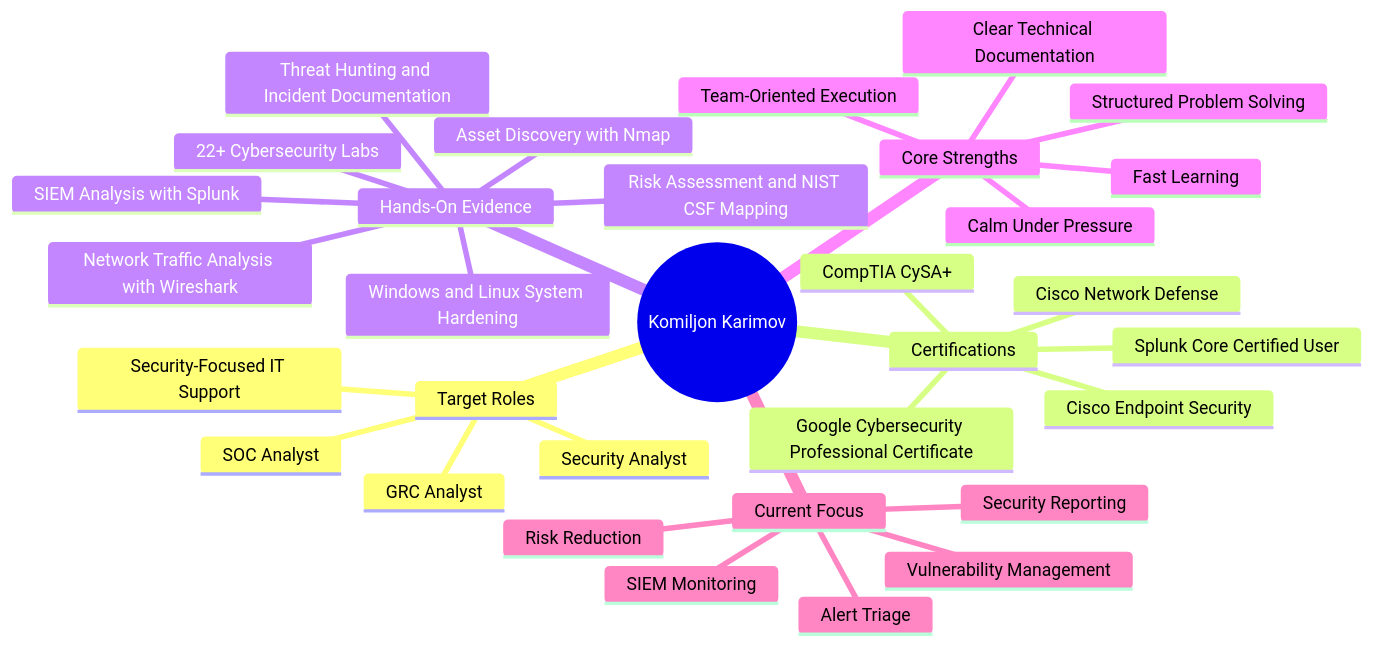
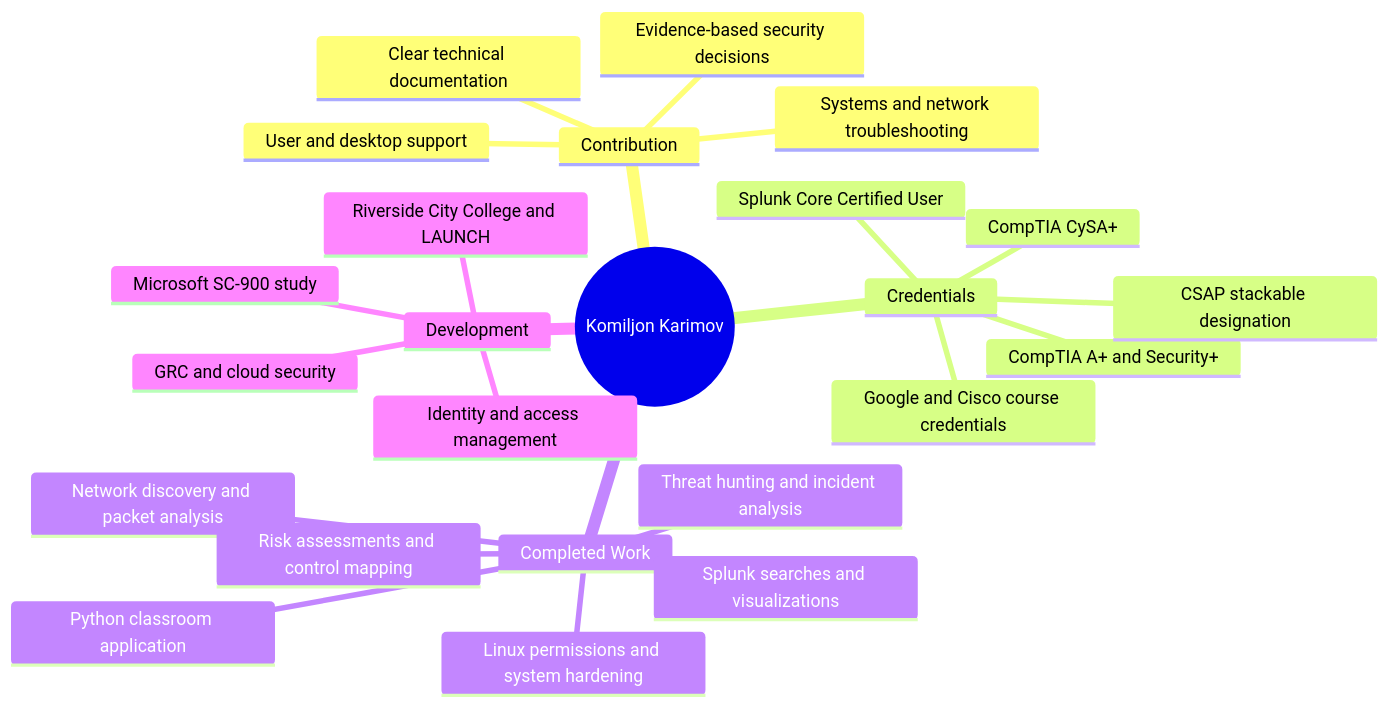
One commit to KomilJonHub/Cybersecurity-Portfolio changed the diagram in README.md. Above: the diagram before and after it, drawn with Mermaid. The commit also changed other lines of this file and 46 other files, not shown here.

````diff
--- a/README.md
+++ b/README.md
@@ -55,35 +60,27 @@
 ```mermaid
 mindmap
   root((Komiljon Karimov))
-    Target Roles
-      SOC Analyst
-      Security Analyst
-      GRC Analyst
-      Security-Focused IT Support
-    Certifications
+    Contribution
+      User and desktop support
+      Systems and network troubleshooting
+      Clear technical documentation
+      Evidence-based security decisions
+    Credentials
+      CompTIA A+ and Security+
       CompTIA CySA+
       Splunk Core Certified User
-      Google Cybersecurity Professional Certificate
-      Cisco Network Defense
-      Cisco Endpoint Security
-    Hands-On Evidence
-      22+ Cybersecurity Labs
-      SIEM Analysis with Splunk
-      Network Traffic Analysis with Wireshark
-      Asset Discovery with Nmap
-      Risk Assessment and NIST CSF Mapping
-      Windows and Linux System Hardening
-      Threat Hunting and Incident Documentation
-    Core Strengths
-      Structured Problem Solving
-      Clear Technical Documentation
-      Calm Under Pressure
-      Fast Learning
-      Team-Oriented Execution
-    Current Focus
-      SIEM Monitoring
-      Alert Triage
-      Vulnerability Management
-      Risk Reduction
-      Security Reporting
+      CSAP stackable designation
+      Google and Cisco course credentials
+    Completed Work
+      Linux permissions and system hardening
+      Network discovery and packet analysis
+      Splunk searches and visualizations
+      Risk assessments and control mapping
+      Threat hunting and incident analysis
+      Python classroom application
+    Development
+      Riverside City College and LAUNCH
+      Microsoft SC-900 study
+      Identity and access management
+      GRC and cloud security
 ```
````
